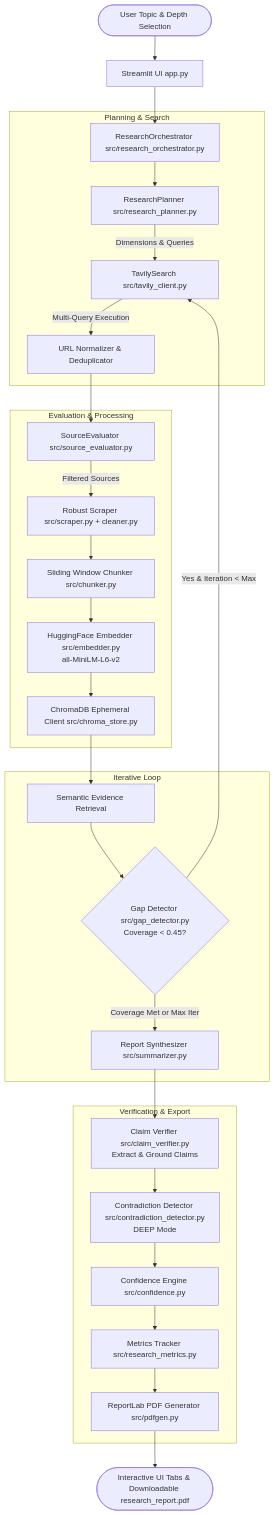
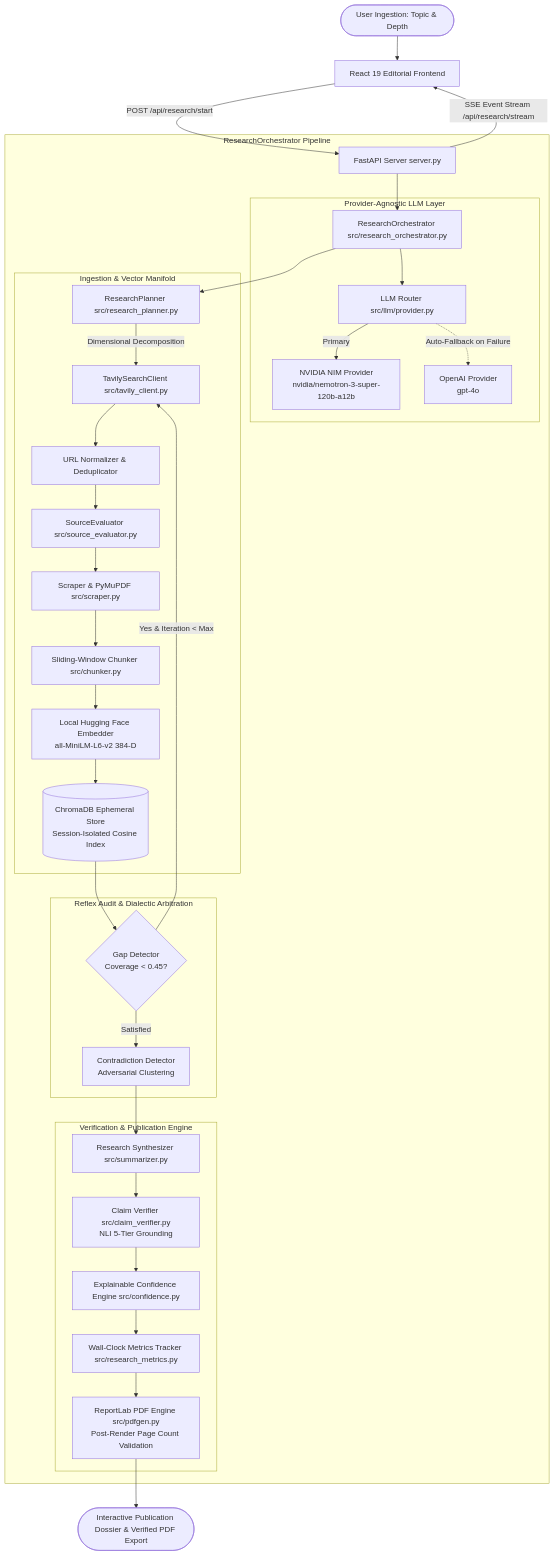
One commit to JustXutkarsh/Agentic-Resarch-Pro changed the diagram in README.md. Above: the diagram before and after it, drawn with Mermaid. The commit also changed other lines of this file, not shown here.

Commit message:
docs: Update comprehensive production README with architecture, dual-provider LLM specs, API reference, and React UI details

````diff
--- a/README.md
+++ b/README.md
@@ -84,36 +79,43 @@
 ```mermaid
 flowchart TD
-    User([User Topic & Depth Selection]) --> UI[Streamlit UI app.py]
-    UI --> Orchestrator[ResearchOrchestrator src/research_orchestrator.py]
+    User([User Ingestion: Topic & Depth]) --> WebApp[React 19 Editorial Frontend]
+    WebApp -->|POST /api/research/start| API[FastAPI Server server.py]
+    API -->|SSE Event Stream /api/research/stream| WebApp
     
-    subgraph Planning & Search
-        Orchestrator --> Planner[ResearchPlanner src/research_planner.py]
-        Planner -->|Dimensions & Queries| TavilyClient[TavilySearch src/tavily_client.py]
-        TavilyClient -->|Multi-Query Execution| Deduplicator[URL Normalizer & Deduplicator]
+    subgraph Multi_Agent_Orchestrator [ResearchOrchestrator Pipeline]
+        API --> Orchestrator[ResearchOrchestrator src/research_orchestrator.py]
+        
+        subgraph LLM_Provider_Layer [Provider-Agnostic LLM Layer]
+            Orchestrator --> LLMRouter[LLM Router src/llm/provider.py]
+            LLMRouter -->|Primary| NvidiaProvider[NVIDIA NIM Provider\nnvidia/nemotron-3-super-120b-a12b]
+            LLMRouter -.->|Auto-Fallback on Failure| OpenAIProvider[OpenAI Provider\ngpt-4o]
+        end
+
+        subgraph Ingestion_And_Indexing [Ingestion & Vector Manifold]
+            Orchestrator --> Planner[ResearchPlanner src/research_planner.py]
+            Planner -->|Dimensional Decomposition| TavilyClient[TavilySearchClient src/tavily_client.py]
+            TavilyClient --> Deduplicator[URL Normalizer & Deduplicator]
+            Deduplicator --> Evaluator[SourceEvaluator src/source_evaluator.py]
+            Evaluator --> Scraper[Scraper & PyMuPDF src/scraper.py]
+            Scraper --> Chunker[Sliding-Window Chunker src/chunker.py]
+            Chunker --> LocalEmbedder[Local Hugging Face Embedder\nall-MiniLM-L6-v2 384-D]
+            LocalEmbedder --> ChromaStore[(ChromaDB Ephemeral Store\nSession-Isolated Cosine Index)]
+        end
+
+        subgraph Reflex_And_Debate [Reflex Audit & Dialectic Arbitration]
+            ChromaStore --> GapDetector{Gap Detector\nCoverage < 0.45?}
+            GapDetector -->|Yes & Iteration < Max| TavilyClient
+            GapDetector -->|Satisfied| ContradictionDetector[Contradiction Detector\nAdversarial Clustering]
+        end
+
+        subgraph Synthesis_And_Verification [Verification & Publication Engine]
+            ContradictionDetector --> Synthesizer[Research Synthesizer src/summarizer.py]
+            Synthesizer --> ClaimVerifier[Claim Verifier src/claim_verifier.py\nNLI 5-Tier Grounding]
+            ClaimVerifier --> ConfidenceEngine[Explainable Confidence Engine src/confidence.py]
+            ConfidenceEngine --> MetricsTracker[Wall-Clock Metrics Tracker src/research_metrics.py]
+            MetricsTracker --> PDFGen[ReportLab PDF Engine src/pdfgen.py\nPost-Render Page Count Validation]
+        end
     end
 
-    subgraph Evaluation & Processing
-        Deduplicator --> Evaluator[SourceEvaluator src/source_evaluator.py]
-        Evaluator -->|Filtered Sources| Scraper[Robust Scraper src/scraper.py + cleaner.py]
-        Scraper --> Chunker[Sliding Window Chunker src/chunker.py]
-        Chunker --> HFEmbedder[HuggingFace Embedder src/embedder.py\nall-MiniLM-L6-v2]
-        HFEmbedder --> ChromaStore[ChromaDB Ephemeral Client src/chroma_store.py]
-    end
-
-    subgraph Iterative Loop
-        ChromaStore --> Retriever[Semantic Evidence Retrieval]
-        Retriever --> GapDetector{Gap Detector src/gap_detector.py\nCoverage < 0.45?}
-        GapDetector -->|Yes & Iteration < Max| TavilyClient
-        GapDetector -->|Coverage Met or Max Iter| Synthesizer[Report Synthesizer src/summarizer.py]
-    end
-
-    subgraph Verification & Export
-        Synthesizer --> ClaimVerifier[Claim Verifier src/claim_verifier.py\nExtract & Ground Claims]
-        ClaimVerifier --> ContradictionDetector[Contradiction Detector src/contradiction_detector.py\nDEEP Mode]
-        ContradictionDetector --> ConfidenceEngine[Confidence Engine src/confidence.py]
-        ConfidenceEngine --> MetricsTracker[Metrics Tracker src/research_metrics.py]
-        MetricsTracker --> PDFExport[ReportLab PDF Generator src/pdfgen.py]
-    end
-
-    PDFExport --> Output([Interactive UI Tabs & Downloadable research_report.pdf])
+    PDFGen --> FinalOutput([Interactive Publication Dossier & Verified PDF Export])
 ```
````
